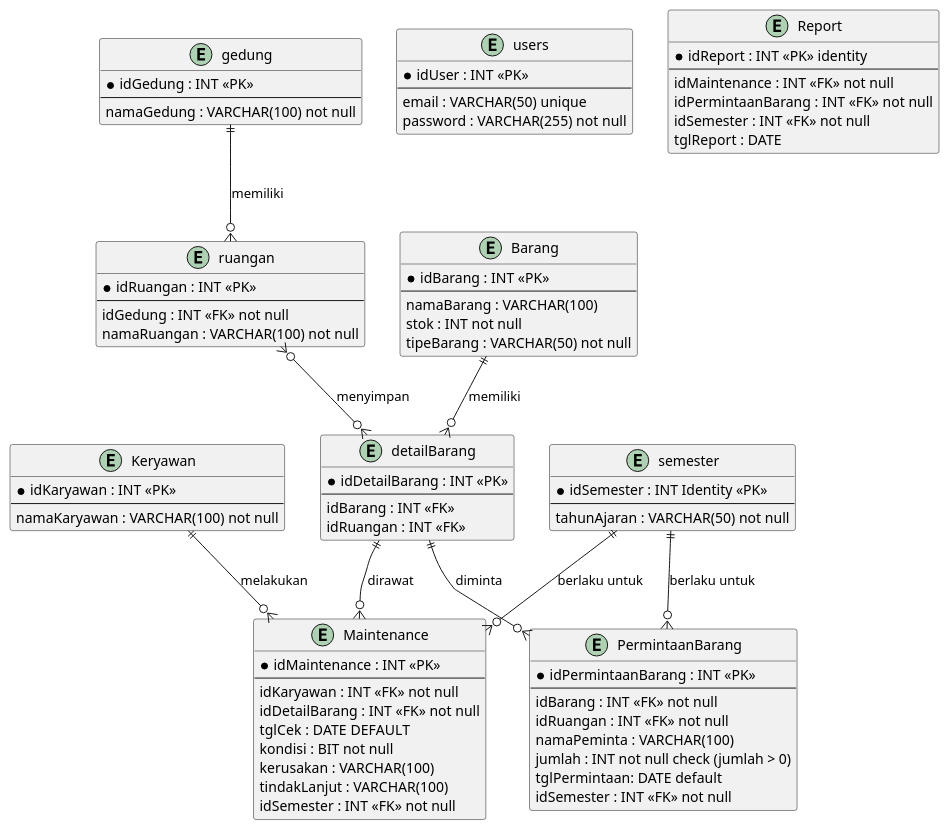
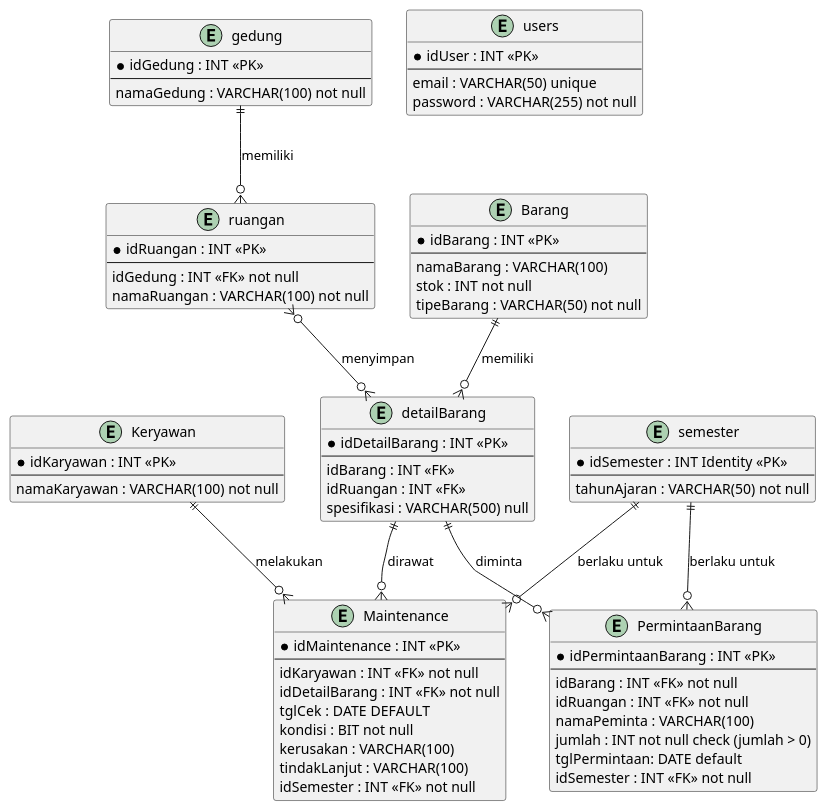
The diagram in RAT.puml (Fannandya/diagramPABD), drawn with PlantUML before and after one commit. The commit also changed 2 other files, not shown here.

```diff
--- a/RAT.puml
+++ b/RAT.puml
@@ -1,105 +1,95 @@
 @startuml RAT
 
 entity "semester" {
   *idSemester : INT Identity <<PK>>
   --
   tahunAjaran : VARCHAR(50) not null
 }
 
 entity "Keryawan" {
   *idKaryawan : INT <<PK>>
   --
   namaKaryawan : VARCHAR(100) not null
 }
 
 entity "gedung" {
   *idGedung : INT <<PK>>
   --
   namaGedung : VARCHAR(100) not null
 }
 
 entity "ruangan" {
   *idRuangan : INT <<PK>>
   --
   idGedung : INT <<FK>> not null
   namaRuangan : VARCHAR(100) not null
 }
 
 entity "Barang" {
   *idBarang : INT <<PK>>
   --
   namaBarang : VARCHAR(100)
   stok : INT not null
   tipeBarang : VARCHAR(50) not null
 }
 
 entity "users" {
   *idUser : INT <<PK>>
   --
   email : VARCHAR(50) unique 
   password : VARCHAR(255) not null
 }
 
 entity "detailBarang" {
   *idDetailBarang : INT <<PK>>
   --
   idBarang : INT <<FK>>
   idRuangan : INT <<FK>>
+  spesifikasi : VARCHAR(500) null
 }
 
 entity "PermintaanBarang" {
   *idPermintaanBarang : INT <<PK>>
   --
   idBarang : INT <<FK>> not null
   idRuangan : INT <<FK>> not null
   namaPeminta : VARCHAR(100)
   jumlah : INT not null check (jumlah > 0)
   tglPermintaan: DATE default
   idSemester : INT <<FK>> not null
 }
 
 
 entity "Maintenance" {
   *idMaintenance : INT <<PK>>
   --
   idKaryawan : INT <<FK>> not null
   idDetailBarang : INT <<FK>> not null
   tglCek : DATE DEFAULT
   kondisi : BIT not null
   kerusakan : VARCHAR(100)
   tindakLanjut : VARCHAR(100)
   idSemester : INT <<FK>> not null
 }
 
-entity "Report" {
-  *idReport : INT <<PK>> identity
-  --
-  idMaintenance : INT <<FK>> not null
-  idPermintaanBarang : INT <<FK>> not null
-  idSemester : INT <<FK>> not null 
-  tglReport : DATE
-}
-
-
-
 ' Setiap detail barang wajib punya 1 Barang
 Barang ||--o{ detailBarang : "memiliki"
 
 ' Setiap ruangan wajib ada di 1 gedung (Mandatory One)
 gedung ||--o{ ruangan : "memiliki"
 
 ' satu detail barang bisa di banyak ruangan dan satu ruangan bisa menyimpan banyak/nol detail barang 
 ruangan }o--o{ detailBarang : "menyimpan"
 
 ' 1 unit bisa berkali-kali dipinjam/dirawat)
 detailBarang ||--o{ PermintaanBarang : "diminta"
 detailBarang ||--o{ Maintenance : "dirawat"
 
 ' minimal 1 karyawan untuk bisa melakukan maintenance
 Keryawan ||--o{ Maintenance : "melakukan"
 
 
 semester ||--o{ PermintaanBarang : "berlaku untuk"
 semester ||--o{ Maintenance : "berlaku untuk"
 
 @enduml
```
